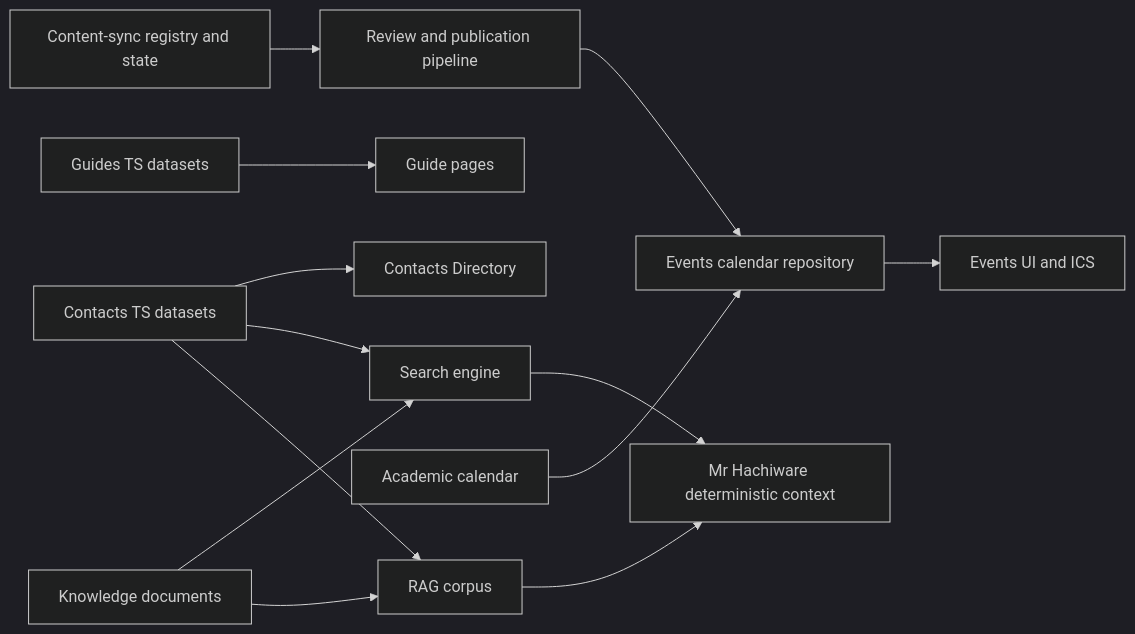
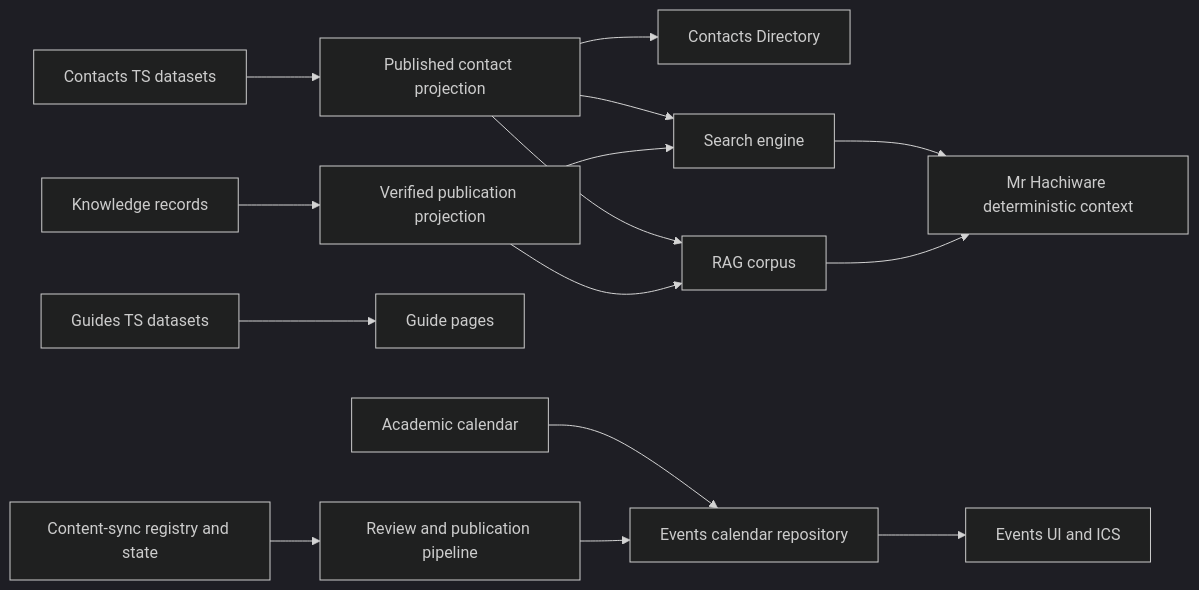
The diagram in docs/architecture/DATA-001-canonical-contacts.md (austjndle/R-Student-s-Research-Forum), drawn with Mermaid (dark theme) before and after one commit. The commit also changed other lines of this file and 24 other files, not shown here.

````diff
--- a/docs/architecture/DATA-001-canonical-contacts.md
+++ b/docs/architecture/DATA-001-canonical-contacts.md
@@ -27,15 +28,17 @@
 ```mermaid
 flowchart LR
-  C[Contacts TS datasets] --> UI[Contacts Directory]
-  C --> S[Search engine]
-  C --> R[RAG corpus]
-  K[Knowledge documents] --> S
-  K --> R
+  C[Contacts TS datasets] --> CP[Published contact projection]
+  CP --> UI[Contacts Directory]
+  CP --> S[Search engine]
+  CP --> R[RAG corpus]
+  K[Knowledge records] --> KP[Verified publication projection]
+  KP --> S
+  KP --> R
   G[Guides TS datasets] --> GP[Guide pages]
   A[Academic calendar] --> E[Events calendar repository]
   E --> EU[Events UI and ICS]
   M[Content-sync registry and state] --> P[Review and publication pipeline]
   P --> E
   S --> H[Mr Hachiware deterministic context]
   R --> H
 ```
````
